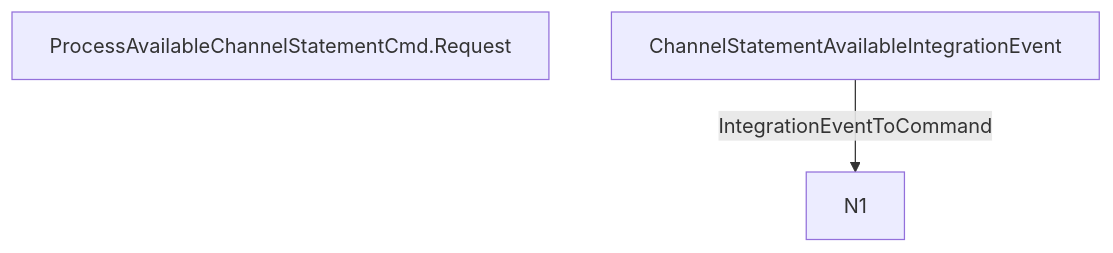
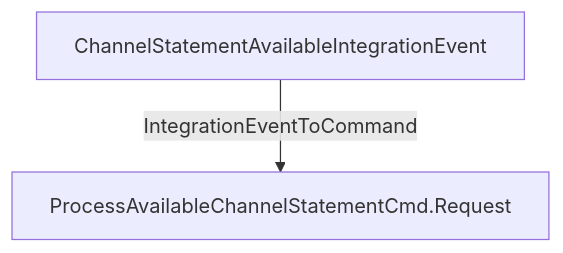
One commit to LDmoxeii/cap4k-reference-payment changed the diagram in flows/com_only4_cap4k_reference_payment_contract_events_integration_inbound_reconcilia.mmd. Above: the diagram before and after it, drawn with Mermaid. The commit also changed other lines of this file and 90 other files, not shown here.

```diff
--- a/flows/com_only4_cap4k_reference_payment_contract_events_integration_inbound_reconcilia.mmd
+++ b/flows/com_only4_cap4k_reference_payment_contract_events_integration_inbound_reconcilia.mmd
@@ -1,4 +1,4 @@
 flowchart TD
   N1["ProcessAvailableChannelStatementCmd.Request"]
   N2["ChannelStatementAvailableIntegrationEvent"]
-  N2 -->|IntegrationEventToCommand| N1\n
+  N2 -->|IntegrationEventToCommand| N1
```
